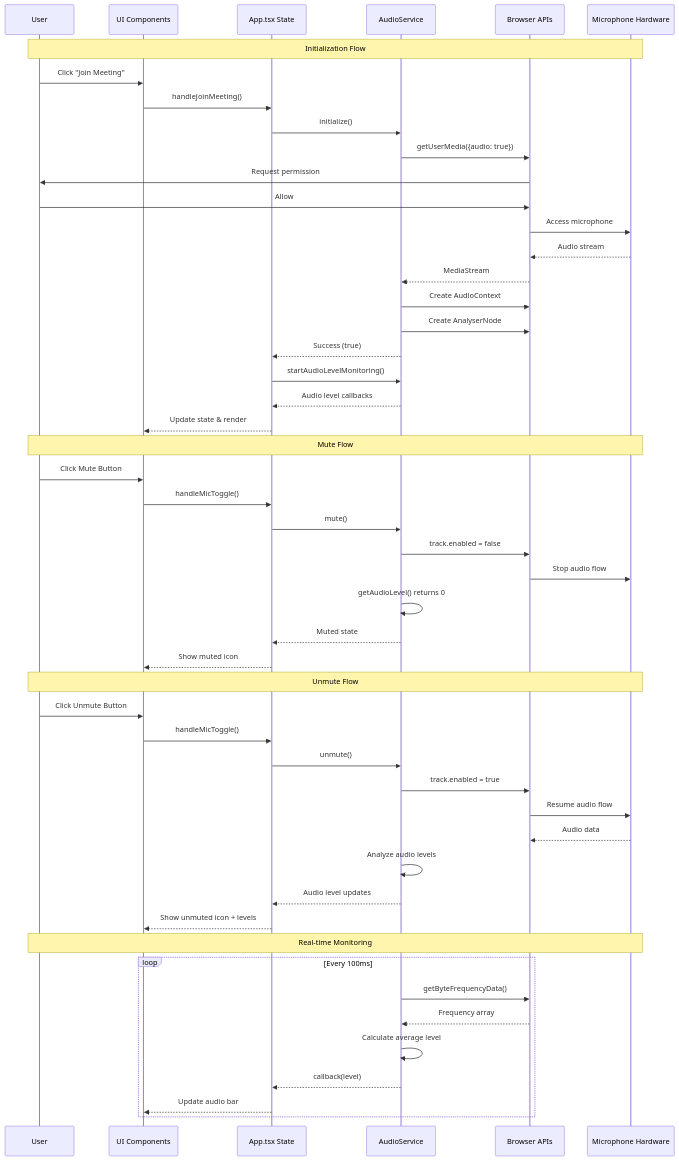
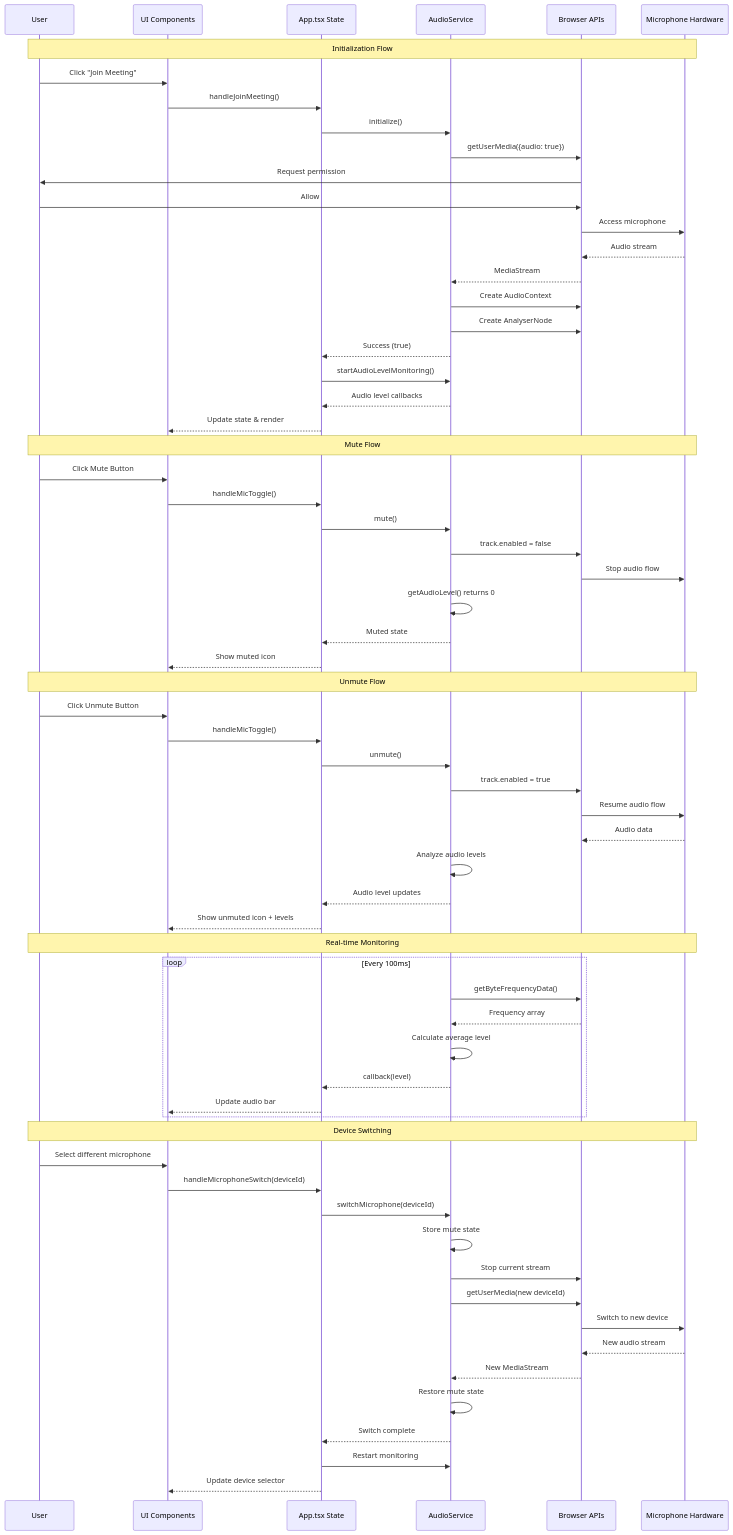
The third of 9 diagrams in ARCHITECTURE.md (arthur900530/team-bug-farmers), drawn with Mermaid before and after one commit. The commit also changed other lines of this file, not shown here.

First line of the commit message:
Update architecture documentation for device switching feature

````diff
--- a/ARCHITECTURE.md
+++ b/ARCHITECTURE.md
@@ -176,56 +182,71 @@
 ```mermaid
 sequenceDiagram
     participant U as User
     participant UI as UI Components
     participant App as App.tsx State
     participant AS as AudioService
     participant Browser as Browser APIs
     participant HW as Microphone Hardware
     
     Note over U,HW: Initialization Flow
     U->>UI: Click "Join Meeting"
     UI->>App: handleJoinMeeting()
     App->>AS: initialize()
     AS->>Browser: getUserMedia({audio: true})
     Browser->>U: Request permission
     U->>Browser: Allow
     Browser->>HW: Access microphone
     HW-->>Browser: Audio stream
     Browser-->>AS: MediaStream
     AS->>Browser: Create AudioContext
     AS->>Browser: Create AnalyserNode
     AS-->>App: Success (true)
     App->>AS: startAudioLevelMonitoring()
     AS-->>App: Audio level callbacks
     App-->>UI: Update state & render
     
     Note over U,HW: Mute Flow
     U->>UI: Click Mute Button
     UI->>App: handleMicToggle()
     App->>AS: mute()
     AS->>Browser: track.enabled = false
     Browser->>HW: Stop audio flow
     AS->>AS: getAudioLevel() returns 0
     AS-->>App: Muted state
     App-->>UI: Show muted icon
     
     Note over U,HW: Unmute Flow
     U->>UI: Click Unmute Button
     UI->>App: handleMicToggle()
     App->>AS: unmute()
     AS->>Browser: track.enabled = true
     Browser->>HW: Resume audio flow
     HW-->>Browser: Audio data
     AS->>AS: Analyze audio levels
     AS-->>App: Audio level updates
     App-->>UI: Show unmuted icon + levels
     
     Note over U,HW: Real-time Monitoring
     loop Every 100ms
         AS->>Browser: getByteFrequencyData()
         Browser-->>AS: Frequency array
         AS->>AS: Calculate average level
         AS-->>App: callback(level)
         App-->>UI: Update audio bar
     end
+    
+    Note over U,HW: Device Switching
+    U->>UI: Select different microphone
+    UI->>App: handleMicrophoneSwitch(deviceId)
+    App->>AS: switchMicrophone(deviceId)
+    AS->>AS: Store mute state
+    AS->>Browser: Stop current stream
+    AS->>Browser: getUserMedia(new deviceId)
+    Browser->>HW: Switch to new device
+    HW-->>Browser: New audio stream
+    Browser-->>AS: New MediaStream
+    AS->>AS: Restore mute state
+    AS-->>App: Switch complete
+    App->>AS: Restart monitoring
+    App-->>UI: Update device selector
 ```
````
